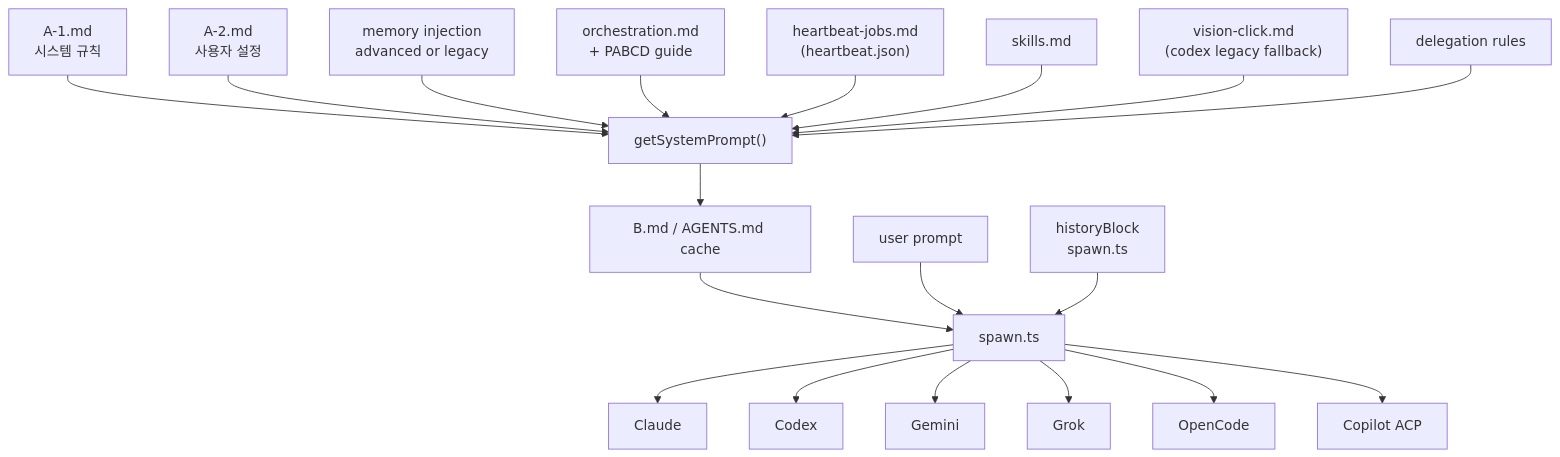
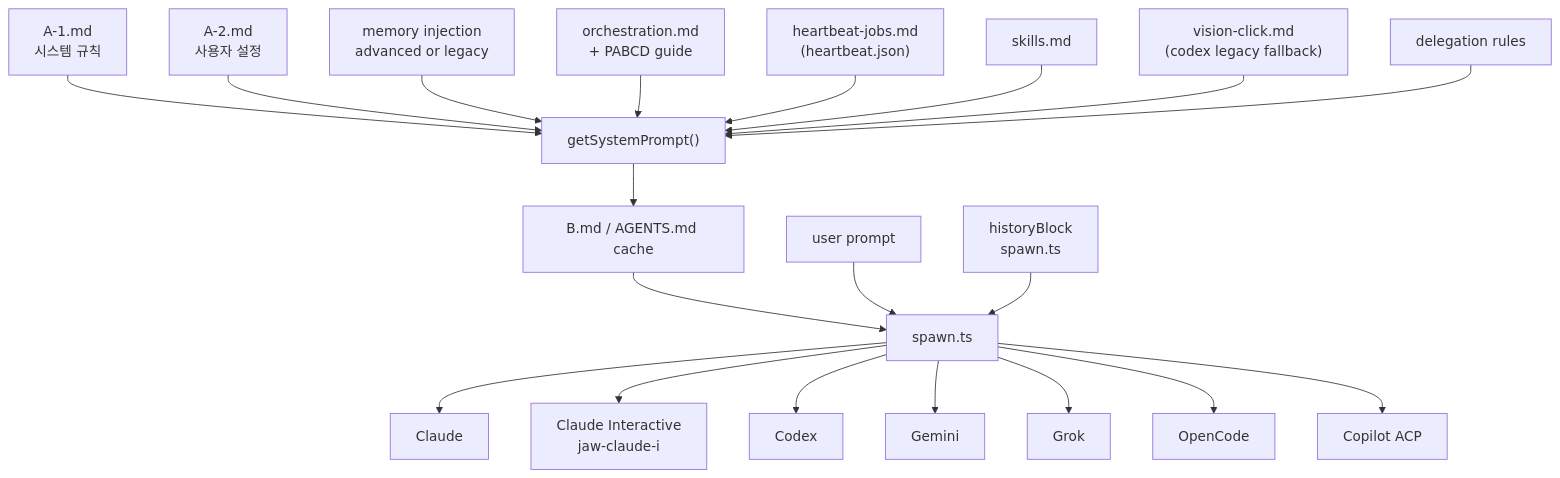
The diagram in structure/prompt_flow.md (lidge-jun/cli-jaw), drawn with Mermaid before and after one commit. The commit also changed other lines of this file and 7 other files, not shown here.

Commit message:
[agent] docs: update runtime architecture references

````diff
--- a/structure/prompt_flow.md
+++ b/structure/prompt_flow.md
@@ -17,21 +17,22 @@
 ```mermaid
 graph TD
     A1["A-1.md<br/>시스템 규칙"] --> SYS["getSystemPrompt()"]
     A2["A-2.md<br/>사용자 설정"] --> SYS
     MEM["memory injection<br/>advanced or legacy"] --> SYS
     ORC["orchestration.md<br/>+ PABCD guide"] --> SYS
     HB["heartbeat-jobs.md<br/>(heartbeat.json)"] --> SYS
     SK["skills.md"] --> SYS
     VC["vision-click.md<br/>(codex legacy fallback)"] --> SYS
     DEL["delegation rules"] --> SYS
     SYS --> B["B.md / AGENTS.md cache"]
     B --> SPAWN["spawn.ts"]
     USER["user prompt"] --> SPAWN
     HIST["historyBlock<br/>spawn.ts"] --> SPAWN
     SPAWN --> CLAUDE["Claude"]
+    SPAWN --> CLAUDEI["Claude Interactive<br/>jaw-claude-i"]
     SPAWN --> CODEX["Codex"]
     SPAWN --> GEMINI["Gemini"]
     SPAWN --> GROK["Grok"]
     SPAWN --> OPENCODE["OpenCode"]
     SPAWN --> COPILOT["Copilot ACP"]
 ```
````
